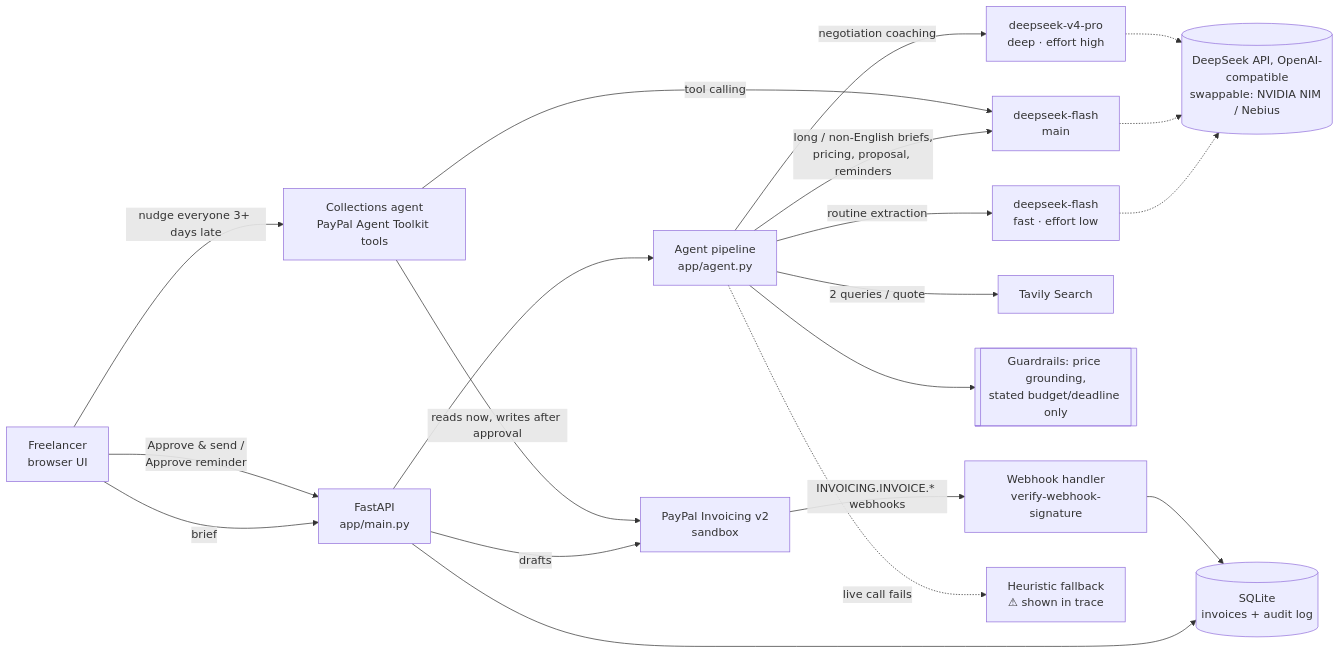
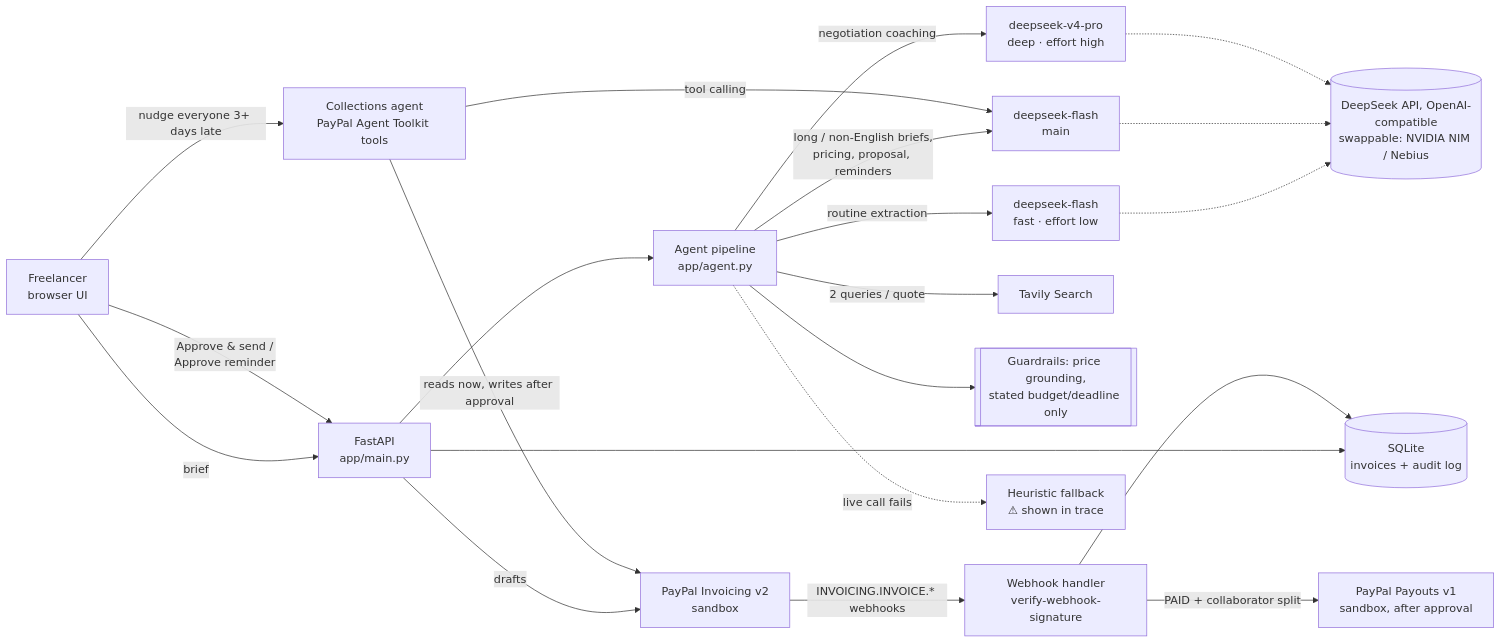
The diagram in README.md (552135371/scope2cash), drawn with Mermaid before and after one commit. The commit also changed other lines of this file and 12 other files, not shown here.

````diff
--- a/README.md
+++ b/README.md
@@ -200,20 +211,21 @@
 ```mermaid
 flowchart LR
   U[Freelancer<br/>browser UI] -->|brief| API[FastAPI<br/>app/main.py]
   API --> AG[Agent pipeline<br/>app/agent.py]
   AG -->|routine extraction| NANO[deepseek-flash<br/>fast · effort low]
   AG -->|long / non-English briefs,<br/>pricing, proposal, reminders| SUPER[deepseek-flash<br/>main]
   AG -->|negotiation coaching| ULTRA[deepseek-v4-pro<br/>deep · effort high]
   NANO & SUPER & ULTRA -.-> TF[(DeepSeek API, OpenAI-compatible<br/>swappable: NVIDIA NIM / Nebius)]
   AG -->|2 queries / quote| TAV[Tavily Search]
   AG --> GR[[Guardrails: price grounding,<br/>stated budget/deadline only]]
   API -->|drafts| PP[PayPal Invoicing v2<br/>sandbox]
   U -->|Approve & send /<br/>Approve reminder| API
   API --> DB[(SQLite<br/>invoices + audit log)]
   PP -->|INVOICING.INVOICE.* webhooks| WH[Webhook handler<br/>verify-webhook-signature]
   WH --> DB
   U -->|"nudge everyone 3+ days late"| CA[Collections agent<br/>PayPal Agent Toolkit tools]
   CA -->|tool calling| SUPER
   CA -->|reads now, writes after approval| PP
+  WH -->|PAID + collaborator split| PO[PayPal Payouts v1<br/>sandbox, after approval]
   AG -. live call fails .-> FB[Heuristic fallback<br/>⚠ shown in trace]
 ```
````
